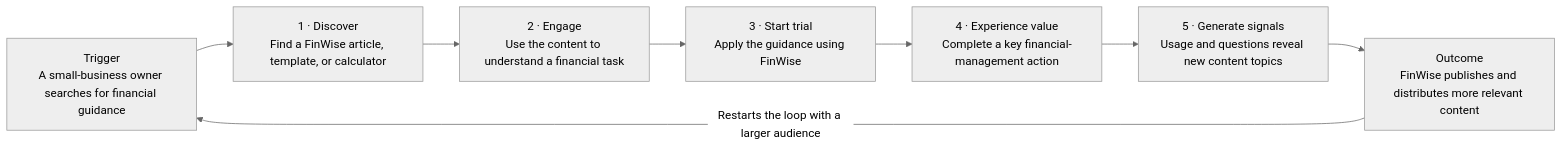
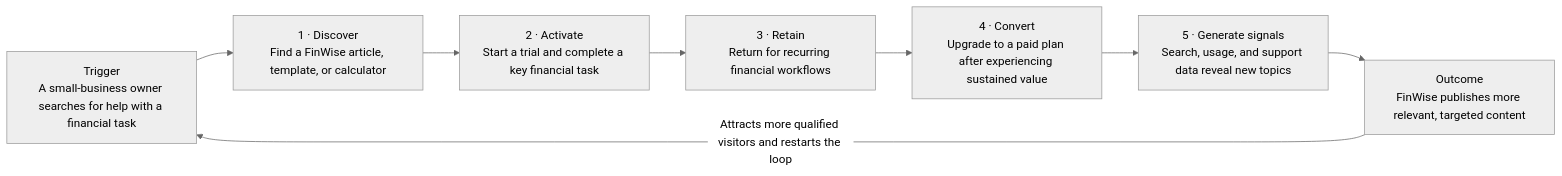
Before and after one commit to malihajahan-collab/FinWise-analytics-Experimentation: the diagram in 01-bet/growth-bet.md, drawn with Mermaid (neutral theme). The commit also changed other lines of this file, not shown here.

````diff
--- a/01-bet/growth-bet.md
+++ b/01-bet/growth-bet.md
@@ -29,13 +29,13 @@
 ```mermaid
 flowchart LR
-    A["Trigger<br/>A small-business owner searches for financial guidance"]
+    A["Trigger<br/>A small-business owner searches for help with a financial task"]
     B["1 · Discover<br/>Find a FinWise article, template, or calculator"]
-    C["2 · Engage<br/>Use the content to understand a financial task"]
-    D["3 · Start trial<br/>Apply the guidance using FinWise"]
-    E["4 · Experience value<br/>Complete a key financial-management action"]
-    F["5 · Generate signals<br/>Usage and questions reveal new content topics"]
-    G["Outcome<br/>FinWise publishes and distributes more relevant content"]
+    C["2 · Activate<br/>Start a trial and complete a key financial task"]
+    D["3 · Retain<br/>Return for recurring financial workflows"]
+    E["4 · Convert<br/>Upgrade to a paid plan after experiencing sustained value"]
+    F["5 · Generate signals<br/>Search, usage, and support data reveal new topics"]
+    G["Outcome<br/>FinWise publishes more relevant, targeted content"]
 
     A --> B --> C --> D --> E --> F --> G
-    G -->|"Restarts the loop with a larger audience"| A
+    G -->|"Attracts more qualified visitors and restarts the loop"| A
 ```
````
